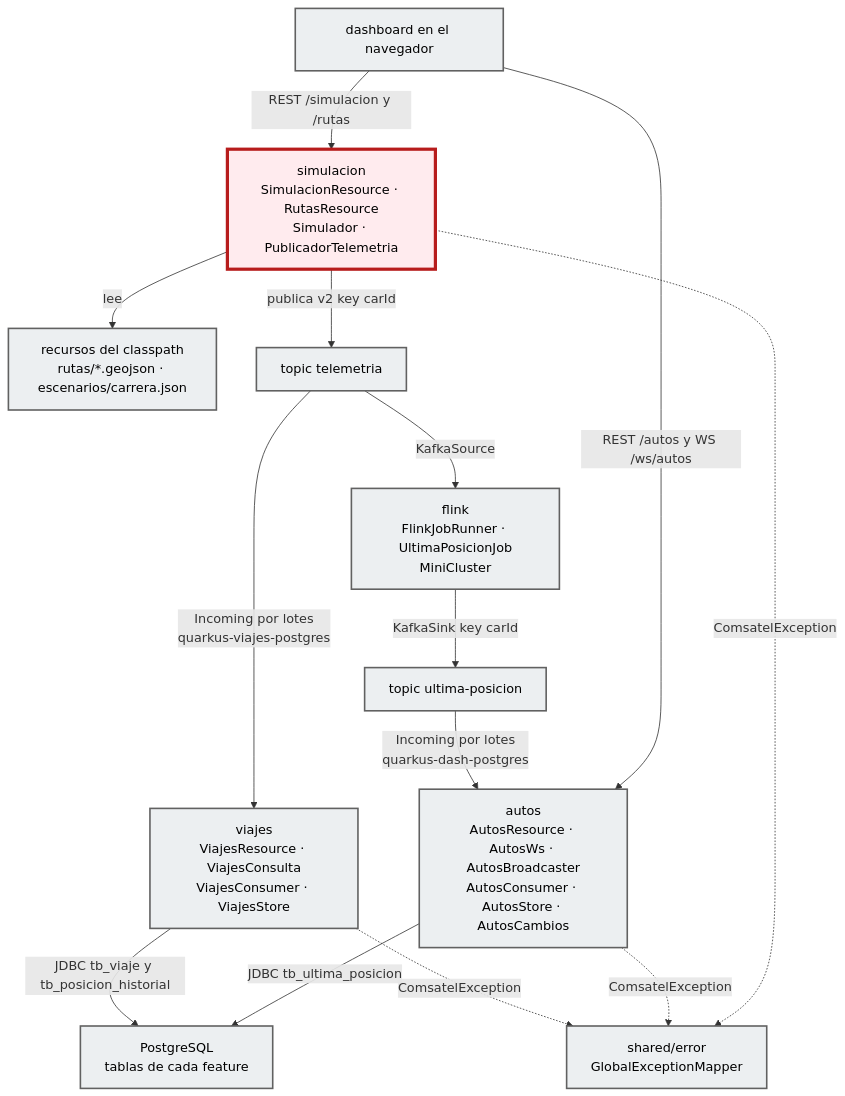
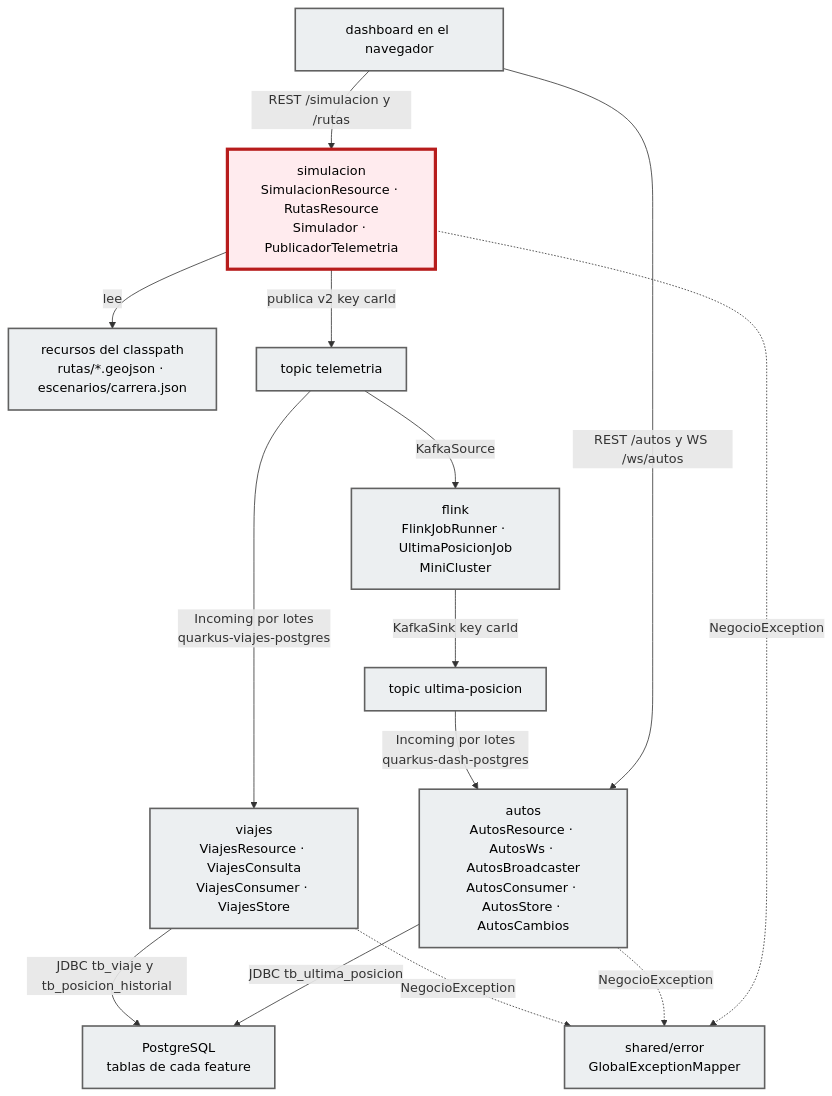
Before and after one commit to devbryan02/telemetry-flink-quarkus: the diagram in docs/c4/diagrams/component.mmd, drawn with Mermaid. The commit also changed 27 other files, not shown here.

```diff
--- a/docs/c4/diagrams/component.mmd
+++ b/docs/c4/diagrams/component.mmd
@@ -1,28 +1,28 @@
 flowchart TB
   web["dashboard en el navegador"]
   sim["simulacion<br/>SimulacionResource · RutasResource<br/>Simulador · PublicadorTelemetria"]
   rec["recursos del classpath<br/>rutas/*.geojson · escenarios/carrera.json"]
   tel["topic telemetria"]
   flink["flink<br/>FlinkJobRunner · UltimaPosicionJob<br/>MiniCluster"]
   up["topic ultima-posicion"]
   autos["autos<br/>AutosResource · AutosWs · AutosBroadcaster<br/>AutosConsumer · AutosStore · AutosCambios"]
   viajes["viajes<br/>ViajesResource · ViajesConsulta<br/>ViajesConsumer · ViajesStore"]
   pg["PostgreSQL<br/>tablas de cada feature"]
   err["shared/error<br/>GlobalExceptionMapper"]
   web -->|"REST /simulacion y /rutas"| sim
   web -->|"REST /autos y WS /ws/autos"| autos
   sim -->|"lee"| rec
   sim -->|"publica v2 key carId"| tel
   tel -->|"KafkaSource"| flink
   flink -->|"KafkaSink key carId"| up
   up -->|"Incoming por lotes<br/>quarkus-dash-postgres"| autos
   tel -->|"Incoming por lotes<br/>quarkus-viajes-postgres"| viajes
   autos -->|"JDBC tb_ultima_posicion"| pg
   viajes -->|"JDBC tb_viaje y tb_posicion_historial"| pg
-  sim -.->|"ComsatelException"| err
-  autos -.->|"ComsatelException"| err
-  viajes -.->|"ComsatelException"| err
+  sim -.->|"NegocioException"| err
+  autos -.->|"NegocioException"| err
+  viajes -.->|"NegocioException"| err
   classDef other fill:#ECEFF1,stroke:#616161,stroke-width:2px,color:#000
   classDef focus fill:#FFEBEE,stroke:#B71C1C,stroke-width:4px,color:#000
   class web,rec,tel,flink,up,autos,viajes,pg,err other
   class sim focus
```
